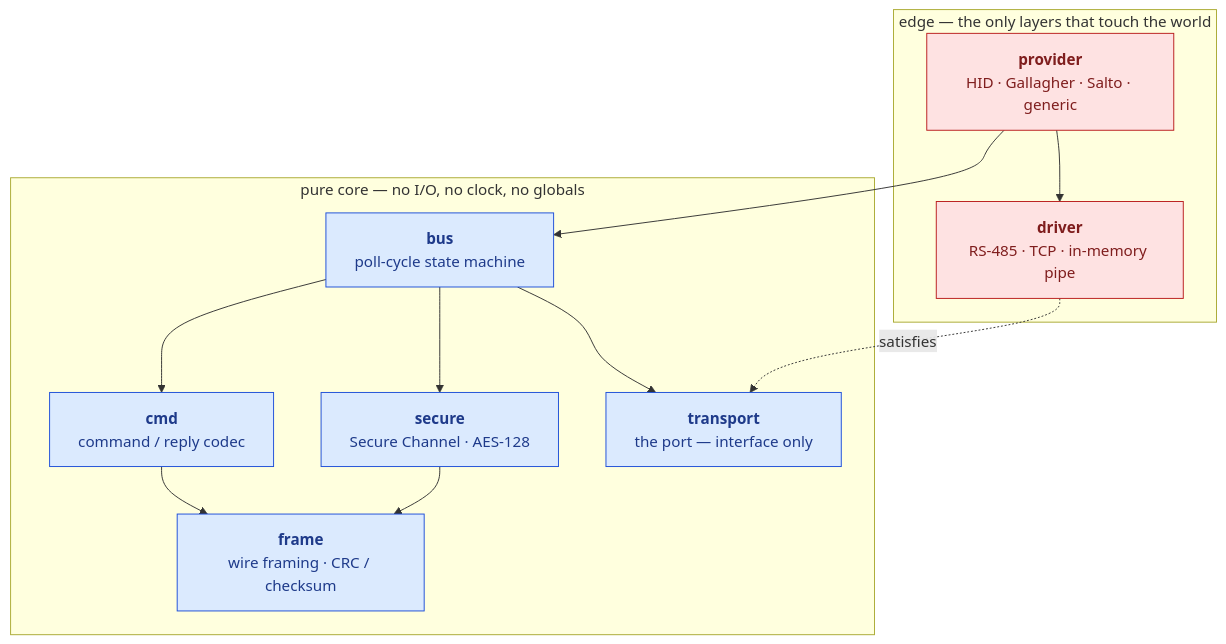
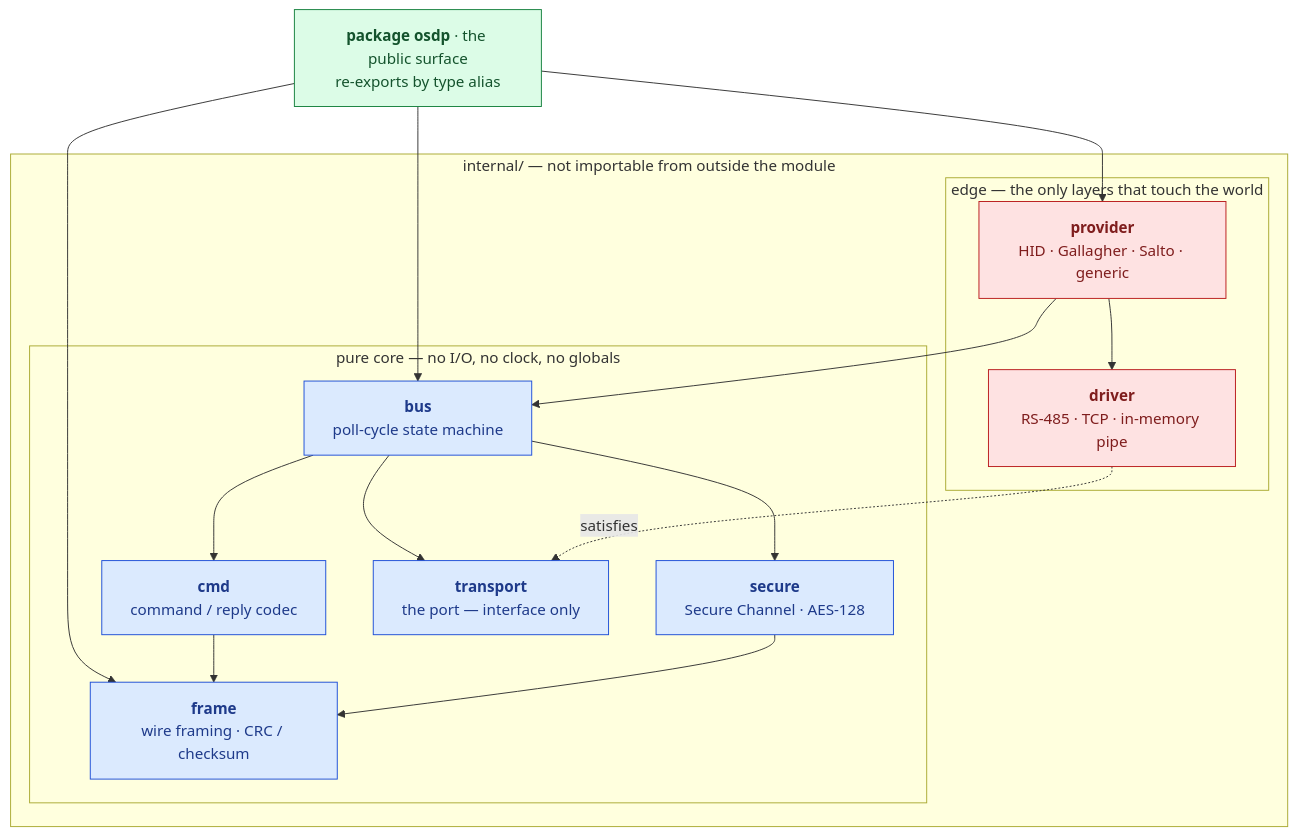
Before and after one commit to regalium-os/osdp-go: the first of 4 diagrams in README.md, drawn with Mermaid. The commit also changed other lines of this file and 44 other files, not shown here.

First line of the commit message:
feat: implement OSDP frame handling and telemetry integration

````diff
--- a/README.md
+++ b/README.md
@@ -12,29 +12,38 @@
 ```mermaid
 flowchart TB
-    subgraph edge["edge — the only layers that touch the world"]
-        provider["<b>provider</b><br/>HID · Gallagher · Salto · generic"]
-        driver["<b>driver</b><br/>RS-485 · TCP · in-memory pipe"]
+    api["<b>package osdp</b> · the public surface<br/>re-exports by type alias"]
+
+    subgraph internal["internal/ — not importable from outside the module"]
+        subgraph edge["edge — the only layers that touch the world"]
+            provider["<b>provider</b><br/>HID · Gallagher · Salto · generic"]
+            driver["<b>driver</b><br/>RS-485 · TCP · in-memory pipe"]
+        end
+
+        subgraph core["pure core — no I/O, no clock, no globals"]
+            bus["<b>bus</b><br/>poll-cycle state machine"]
+            cmd["<b>cmd</b><br/>command / reply codec"]
+            secure["<b>secure</b><br/>Secure Channel · AES-128"]
+            frame["<b>frame</b><br/>wire framing · CRC / checksum"]
+            transport["<b>transport</b><br/>the port — interface only"]
+        end
     end
 
-    subgraph core["pure core — no I/O, no clock, no globals"]
-        bus["<b>bus</b><br/>poll-cycle state machine"]
-        cmd["<b>cmd</b><br/>command / reply codec"]
-        secure["<b>secure</b><br/>Secure Channel · AES-128"]
-        frame["<b>frame</b><br/>wire framing · CRC / checksum"]
-        transport["<b>transport</b><br/>the port — interface only"]
-    end
-
+    api --> provider
+    api --> bus
+    api --> frame
     provider --> bus
     provider --> driver
     bus --> cmd
     bus --> secure
     bus --> transport
     cmd --> frame
     secure --> frame
     driver -. satisfies .-> transport
 
     classDef pure fill:#dbeafe,stroke:#1d4ed8,color:#1e3a8a
     classDef io fill:#fee2e2,stroke:#b91c1c,color:#7f1d1d
+    classDef pub fill:#dcfce7,stroke:#15803d,color:#14532d
     class bus,cmd,secure,frame,transport pure
     class provider,driver io
+    class api pub
 ```
````
